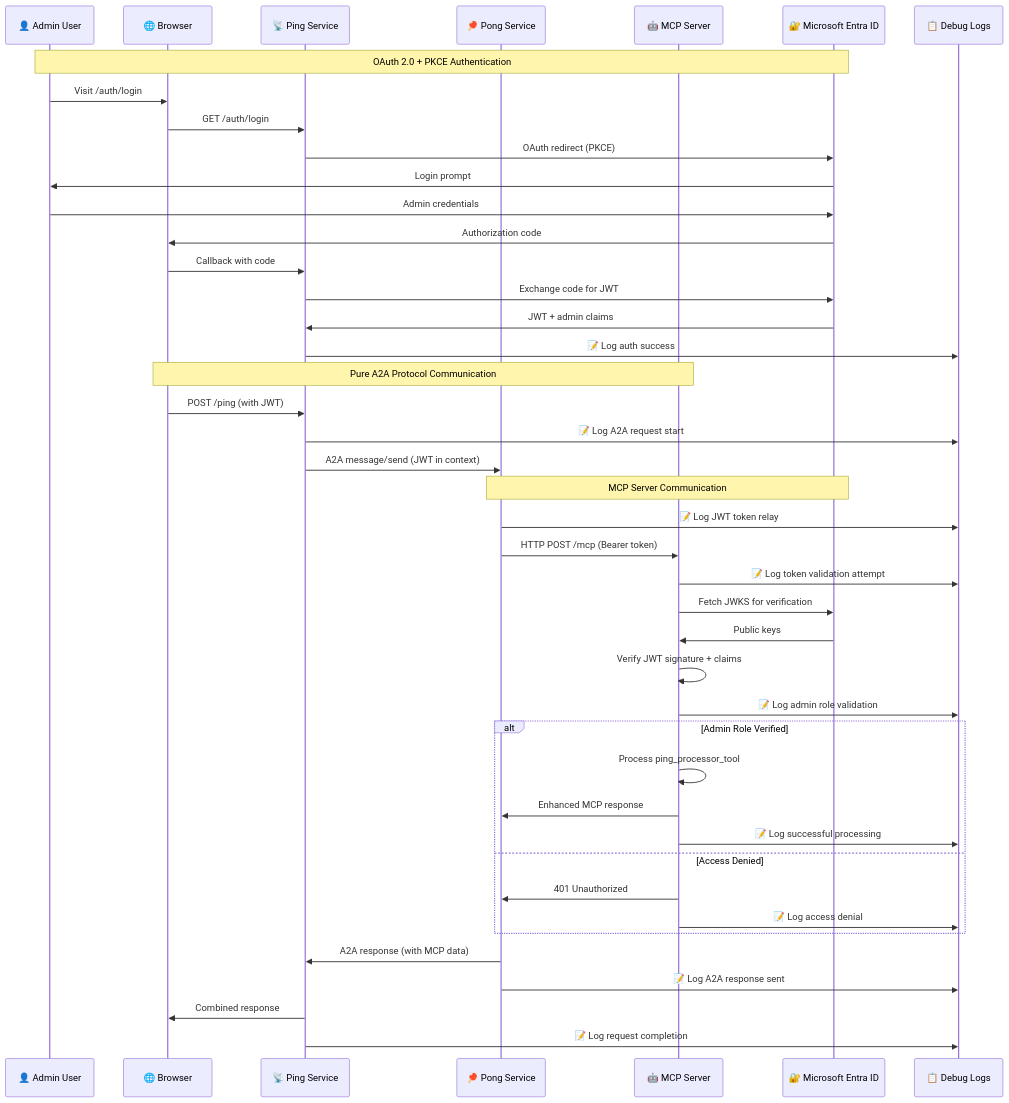
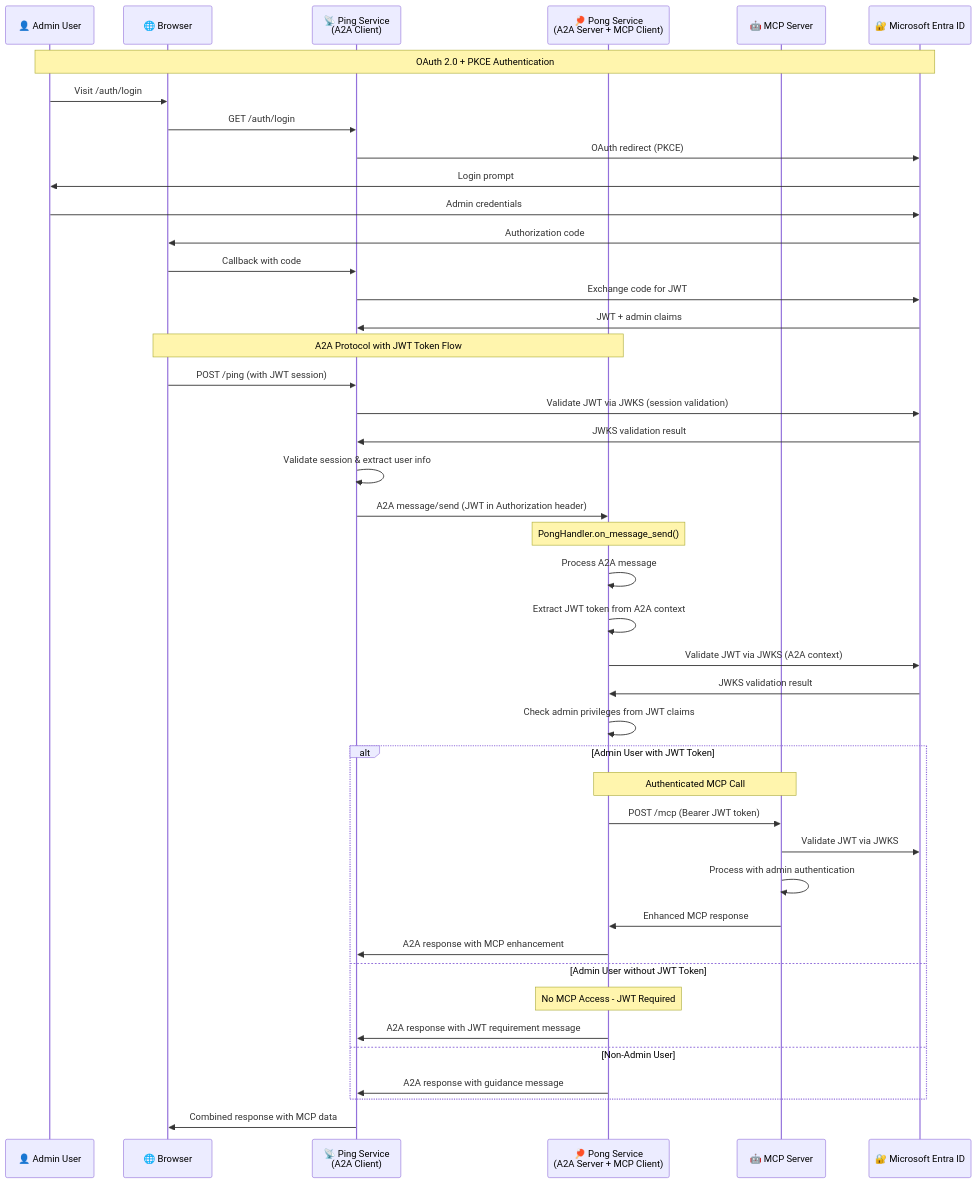
One commit to thangchung/mcp-labs changed the second of 6 diagrams in a2a_mcp_auth/README.md. Above: the diagram before and after it, drawn with Mermaid. The commit also changed other lines of this file and 12 other files, not shown here.

Commit message:
feat: Enhance A2A Pong service with JWKS-based JWT validation and MCP integration

````diff
--- a/a2a_mcp_auth/README.md
+++ b/a2a_mcp_auth/README.md
@@ -98,54 +64,54 @@
 ```mermaid
 sequenceDiagram
     participant User as 👤 Admin User
     participant Browser as 🌐 Browser
-    participant Ping as 📡 Ping Service
-    participant Pong as 🏓 Pong Service
+    participant Ping as 📡 Ping Service<br/>(A2A Client)
+    participant Pong as 🏓 Pong Service<br/>(A2A Server + MCP Client)
     participant MCP as 🤖 MCP Server
     participant EntraID as 🔐 Microsoft Entra ID
-    participant Debug as 📋 Debug Logs
     
     %% Authentication Phase
     Note over User,EntraID: OAuth 2.0 + PKCE Authentication
     User->>Browser: Visit /auth/login
     Browser->>Ping: GET /auth/login
     Ping->>EntraID: OAuth redirect (PKCE)
     EntraID->>User: Login prompt
     User->>EntraID: Admin credentials
     EntraID->>Browser: Authorization code
     Browser->>Ping: Callback with code
     Ping->>EntraID: Exchange code for JWT
     EntraID->>Ping: JWT + admin claims
-    Ping->>Debug: 📝 Log auth success
     
     %% A2A Communication Phase
-    Note over Browser,MCP: Pure A2A Protocol Communication
-    Browser->>Ping: POST /ping (with JWT)
-    Ping->>Debug: 📝 Log A2A request start
-    Ping->>Pong: A2A message/send (JWT in context)
+    Note over Browser,Pong: A2A Protocol with JWT Token Flow
+    Browser->>Ping: POST /ping (with JWT session)
+    Ping->>EntraID: Validate JWT via JWKS (session validation)
+    EntraID->>Ping: JWKS validation result
+    Ping->>Ping: Validate session & extract user info
+    Ping->>Pong: A2A message/send (JWT in Authorization header)
     
-    %% MCP Integration Phase
-    Note over Pong,EntraID: MCP Server Communication
-    Pong->>Debug: 📝 Log JWT token relay
-    Pong->>MCP: HTTP POST /mcp (Bearer token)
-    MCP->>Debug: 📝 Log token validation attempt
-    MCP->>EntraID: Fetch JWKS for verification
-    EntraID->>MCP: Public keys
-    MCP->>MCP: Verify JWT signature + claims
-    MCP->>Debug: 📝 Log admin role validation
+    Note over Pong: PongHandler.on_message_send()
+    Pong->>Pong: Process A2A message
+    Pong->>Pong: Extract JWT token from A2A context
+    Pong->>EntraID: Validate JWT via JWKS (A2A context)
+    EntraID->>Pong: JWKS validation result
+    Pong->>Pong: Check admin privileges from JWT claims
     
-    alt Admin Role Verified
-        MCP->>MCP: Process ping_processor_tool
+    %% MCP Integration Branches
+    alt Admin User with JWT Token
+        Note over Pong,MCP: Authenticated MCP Call
+        Pong->>MCP: POST /mcp (Bearer JWT token)
+        MCP->>EntraID: Validate JWT via JWKS
+        MCP->>MCP: Process with admin authentication
         MCP->>Pong: Enhanced MCP response
-        MCP->>Debug: 📝 Log successful processing
-    else Access Denied
-        MCP->>Pong: 401 Unauthorized
-        MCP->>Debug: 📝 Log access denial
+        Pong->>Ping: A2A response with MCP enhancement
+    else Admin User without JWT Token
+        Note over Pong: No MCP Access - JWT Required
+        Pong->>Ping: A2A response with JWT requirement message
+    else Non-Admin User
+        Pong->>Ping: A2A response with guidance message
     end
     
     %% Response Phase
-    Pong->>Ping: A2A response (with MCP data)
-    Pong->>Debug: 📝 Log A2A response sent
-    Ping->>Browser: Combined response
-    Ping->>Debug: 📝 Log request completion
+    Ping->>Browser: Combined response with MCP data
 ```
````
